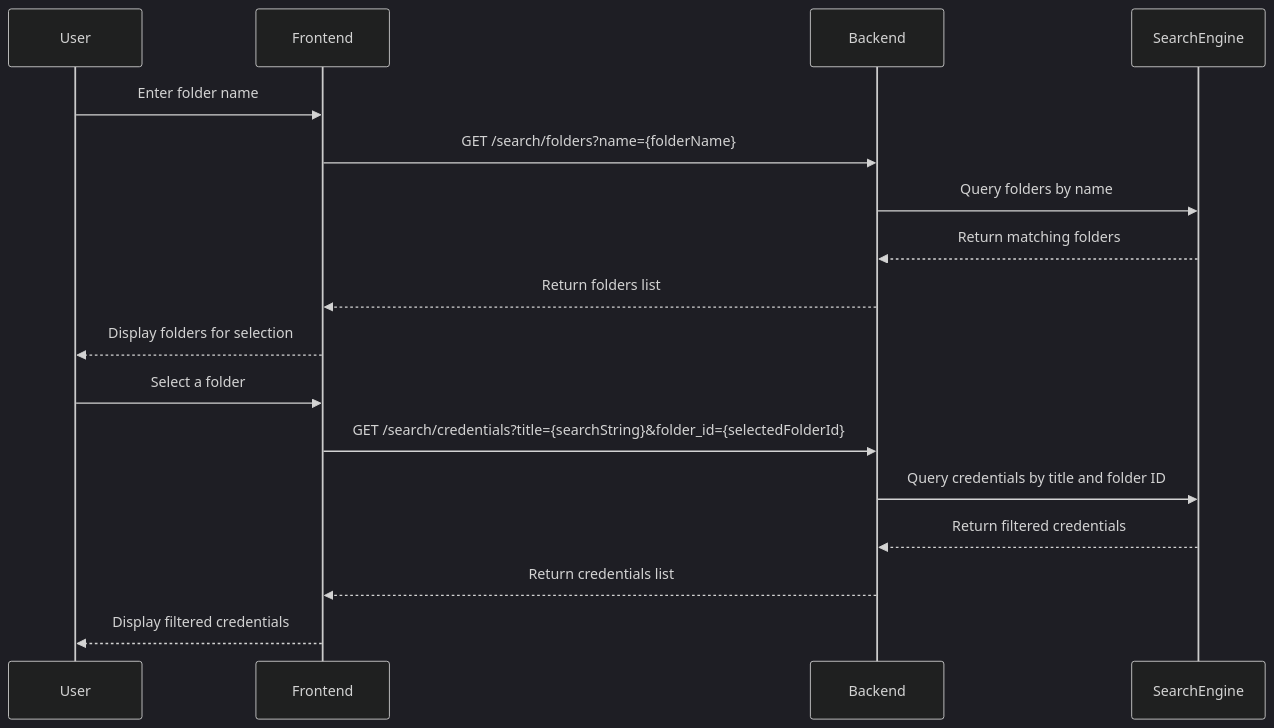
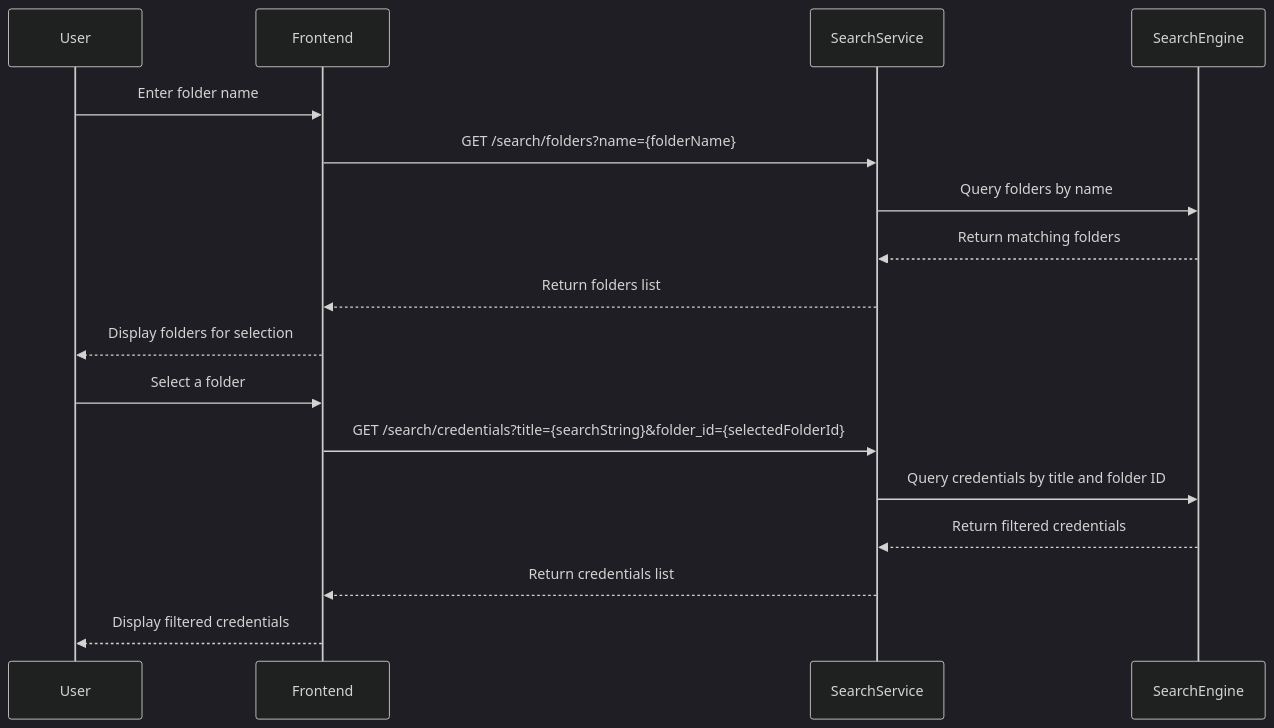
One commit to DO-2K23-26/polypass-archi-technique changed the fourth of 5 diagrams in src/drafts/search.adoc. Above: the diagram before and after it, drawn with Mermaid (dark theme). The commit also changed other lines of this file, not shown here.

Commit message:
feat(search): enhance search functionality with tag and folder queries

```diff
--- a/src/drafts/search.adoc
+++ b/src/drafts/search.adoc
@@ -263,21 +303,21 @@
 [mermaid]
 ----
 sequenceDiagram
     participant User
     participant Frontend
-    participant Backend
+    participant SearchService
     participant SearchEngine
 
     User->>Frontend: Enter folder name
-    Frontend->>Backend: GET /search/folders?name={folderName}
-    Backend->>SearchEngine: Query folders by name
-    SearchEngine-->>Backend: Return matching folders
-    Backend-->>Frontend: Return folders list
+    Frontend->>SearchService: GET /search/folders?name={folderName}
+    SearchService->>SearchEngine: Query folders by name
+    SearchEngine-->>SearchService: Return matching folders
+    SearchService-->>Frontend: Return folders list
     Frontend-->>User: Display folders for selection
     User->>Frontend: Select a folder
-    Frontend->>Backend: GET /search/credentials?title={searchString}&folder_id={selectedFolderId}
-    Backend->>SearchEngine: Query credentials by title and folder ID
-    SearchEngine-->>Backend: Return filtered credentials
-    Backend-->>Frontend: Return credentials list
+    Frontend->>SearchService: GET /search/credentials?title={searchString}&folder_id={selectedFolderId}
+    SearchService->>SearchEngine: Query credentials by title and folder ID
+    SearchEngine-->>SearchService: Return filtered credentials
+    SearchService-->>Frontend: Return credentials list
     Frontend-->>User: Display filtered credentials
 ----
```
